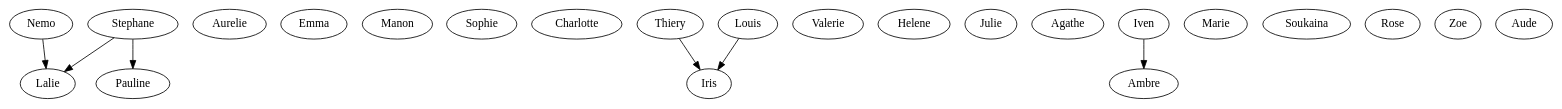
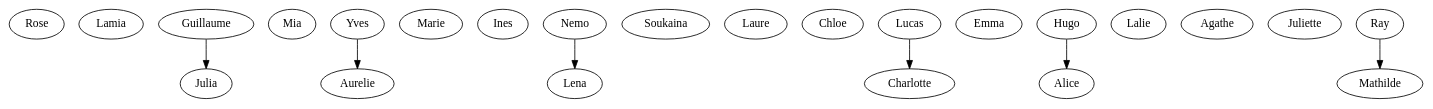
The diagram in output/dotFiles/round4.dot (Slash-stack/Aquarium), drawn with Graphviz before and after one commit. The commit also changed 38 other files, not shown here.

```diff
--- a/output/dotFiles/round4.dot
+++ b/output/dotFiles/round4.dot
@@ -1,38 +1,38 @@
 strict digraph G {
+  Rose;
+  Lamia;
+  Guillaume;
+  Julia;
+  Mia;
+  Aurelie;
+  Yves;
+  Aurelie;
+  Marie;
+  Ines;
+  Lena;
+  Soukaina;
+  Lamia;
+  Laure;
   Nemo;
+  Chloe;
+  Lucas;
   Aurelie;
+  Emma;
+  Charlotte;
+  Alice;
   Lalie;
-  Emma;
-  Manon;
-  Sophie;
+  Agathe;
+  Juliette;
+  Hugo;
+  Laure;
+  Marie;
+  Ray;
   Charlotte;
-  Iris;
-  Valerie;
-  Thiery;
-  Helene;
-  Julie;
-  Agathe;
-  Ambre;
-  Iven;
-  Julie;
-  Marie;
-  Soukaina;
-  Iris;
-  Louis;
-  Stephane;
-  Lalie;
-  Rose;
-  Zoe;
-  Aude;
-  Lalie;
-  Pauline;
-  Stephane;
-  Zoe;
-  Pauline;
-  Nemo -> Lalie;
-  Thiery -> Iris;
-  Iven -> Ambre;
-  Louis -> Iris;
-  Stephane -> Lalie;
-  Stephane -> Pauline;
+  Mathilde;
+  Guillaume -> Julia;
+  Yves -> Aurelie;
+  Nemo -> Lena;
+  Lucas -> Charlotte;
+  Hugo -> Alice;
+  Ray -> Mathilde;
 }
```
